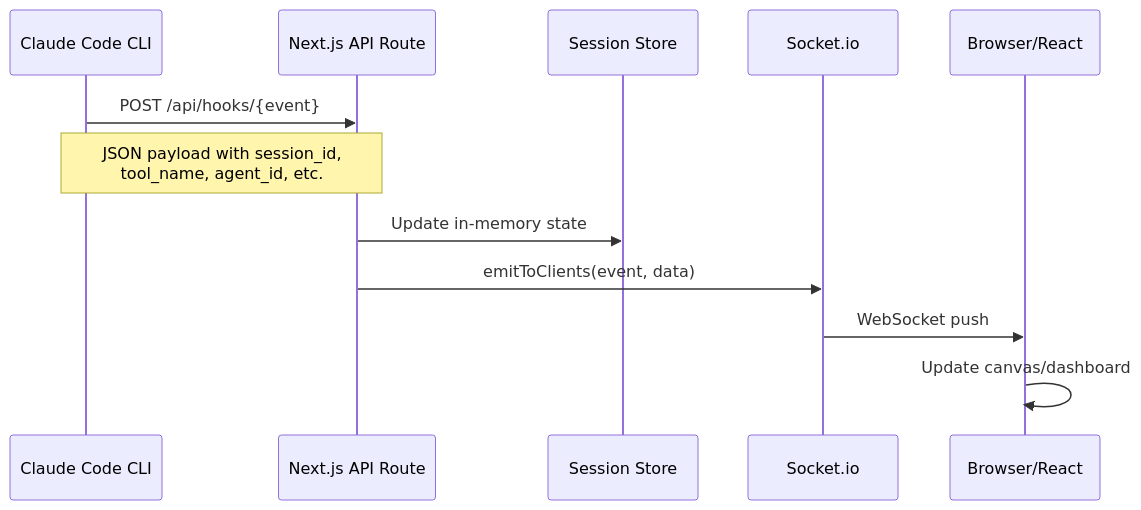
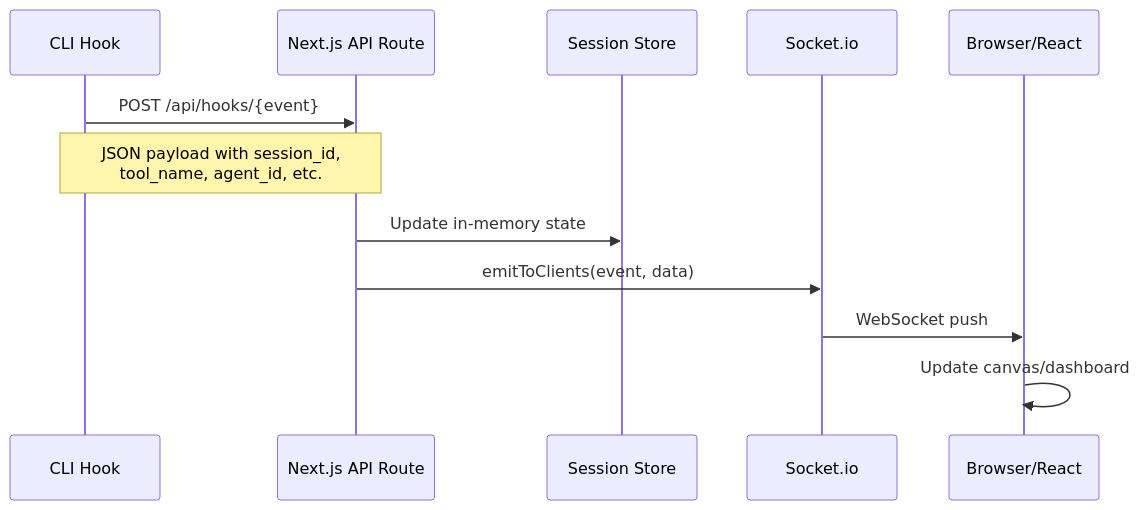
One commit to Nahom-Kefelegne/AgentMatrix changed the second of 8 diagrams in docs/design/backend-server.md. Above: the diagram before and after it, drawn with Mermaid. The commit also changed other lines of this file and 14 other files, not shown here.

````diff
--- a/docs/design/backend-server.md
+++ b/docs/design/backend-server.md
@@ -193,15 +195,15 @@
 ```mermaid
 sequenceDiagram
-    participant CC as Claude Code CLI
+    participant CC as CLI Hook
     participant API as Next.js API Route
     participant SS as Session Store
     participant IO as Socket.io
     participant UI as Browser/React
 
     CC->>API: POST /api/hooks/{event}
     Note over CC,API: JSON payload with session_id,<br/>tool_name, agent_id, etc.
     API->>SS: Update in-memory state
     API->>IO: emitToClients(event, data)
     IO->>UI: WebSocket push
     UI->>UI: Update canvas/dashboard
 ```
````
